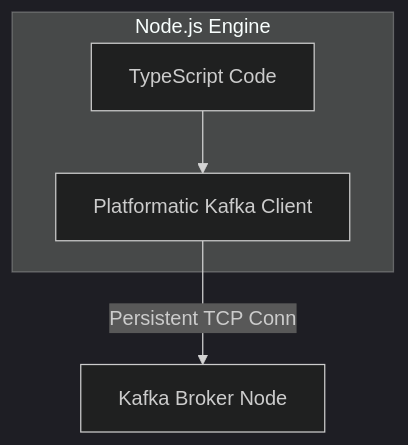
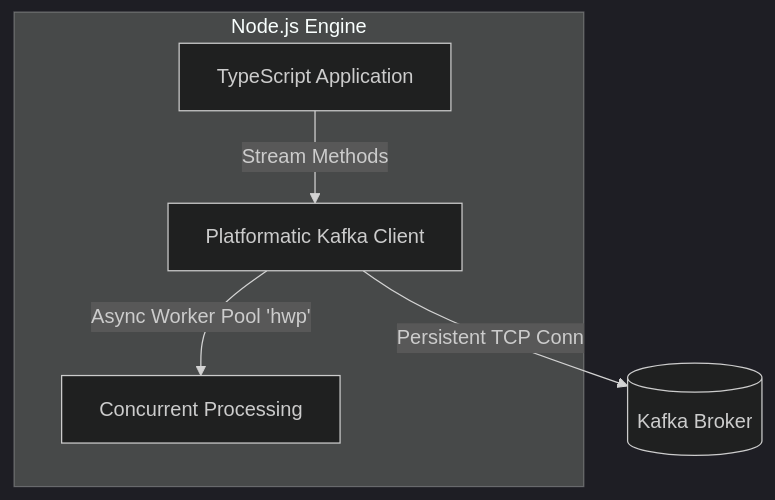
One commit to Rohit1024/learning-kafka changed the diagram in docs/lessons/0004-typescript-kafka.md. Above: the diagram before and after it, drawn with Mermaid (dark theme). The commit also changed other lines of this file and 13 other files, not shown here.

Commit message:
feat: add lessons for Spring Kafka Streams, Spring Cloud Stream, and Spring Cloud Bus

````diff
--- a/docs/lessons/0004-typescript-kafka.md
+++ b/docs/lessons/0004-typescript-kafka.md
@@ -6,7 +12,8 @@
 ```mermaid
 graph TD
     subgraph ts_client ["Node.js Engine"]
-        P[TypeScript Code] --> C[Platformatic Kafka Client]
+        P[TypeScript Application] -->|Stream Methods| C[Platformatic Kafka Client]
+        C -->|Async Worker Pool 'hwp'| WP[Concurrent Processing]
     end
-    C -->|Persistent TCP Conn| KB[Kafka Broker Node]
+    C -->|Persistent TCP Conn| KB[(Kafka Broker)]
 ```
````
